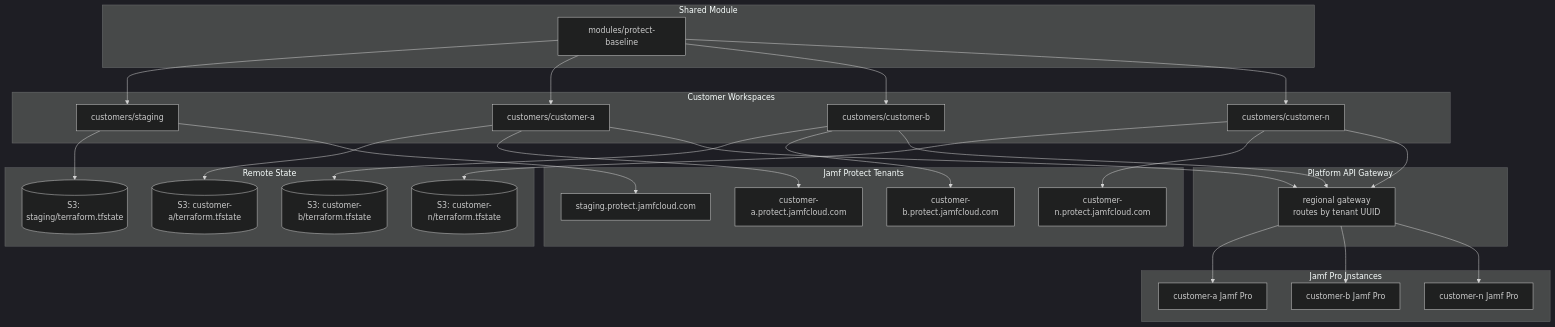
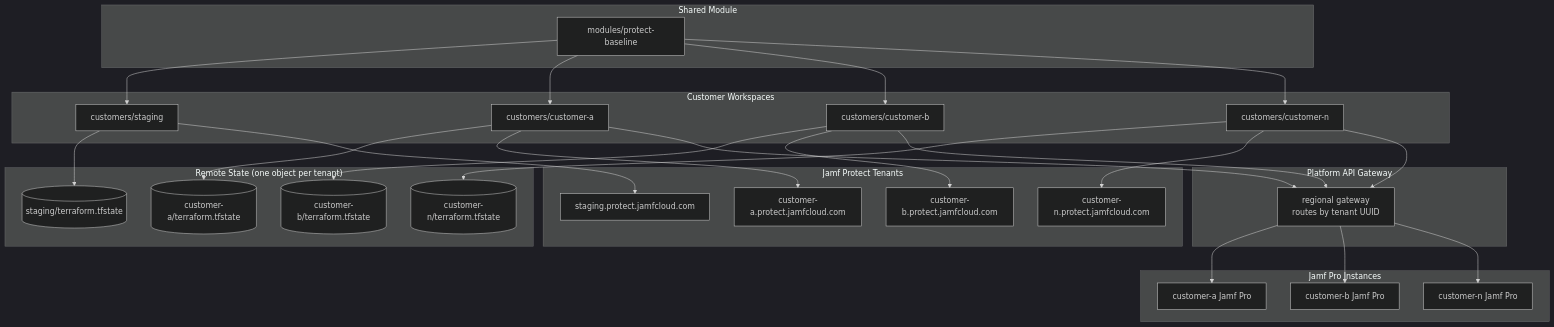
The first of 2 diagrams in README.md (Jamf-Concepts/terraform-jamf-platform), drawn with Mermaid (dark theme) before and after one commit. The commit also changed other lines of this file and 5 other files, not shown here.

````diff
--- a/README.md
+++ b/README.md
@@ -87,60 +85,60 @@
 ```mermaid
 graph TB
     subgraph "Shared Module"
         M[modules/protect-baseline]
     end
 
     subgraph "Customer Workspaces"
         C0[customers/staging]
         C1[customers/customer-a]
         C2[customers/customer-b]
         C3[customers/customer-n]
     end
 
-    subgraph "Remote State"
-        S0[(S3: staging/terraform.tfstate)]
-        S1[(S3: customer-a/terraform.tfstate)]
-        S2[(S3: customer-b/terraform.tfstate)]
-        S3[(S3: customer-n/terraform.tfstate)]
+    subgraph "Remote State (one object per tenant)"
+        S0[(staging/terraform.tfstate)]
+        S1[(customer-a/terraform.tfstate)]
+        S2[(customer-b/terraform.tfstate)]
+        S3[(customer-n/terraform.tfstate)]
     end
 
     subgraph "Jamf Protect Tenants"
         T0[staging.protect.jamfcloud.com]
         T1[customer-a.protect.jamfcloud.com]
         T2[customer-b.protect.jamfcloud.com]
         T3[customer-n.protect.jamfcloud.com]
     end
 
     subgraph "Platform API Gateway"
         G[regional gateway<br/>routes by tenant UUID]
     end
 
     subgraph "Jamf Pro Instances"
         P1[customer-a Jamf Pro]
         P2[customer-b Jamf Pro]
         P3[customer-n Jamf Pro]
     end
 
     M --> C0
     M --> C1
     M --> C2
     M --> C3
 
     C0 --> S0
     C1 --> S1
     C2 --> S2
     C3 --> S3
 
     C0 --> T0
     C1 --> T1
     C2 --> T2
     C3 --> T3
 
     C1 --> G
     C2 --> G
     C3 --> G
 
     G --> P1
     G --> P2
     G --> P3
 ```
````
